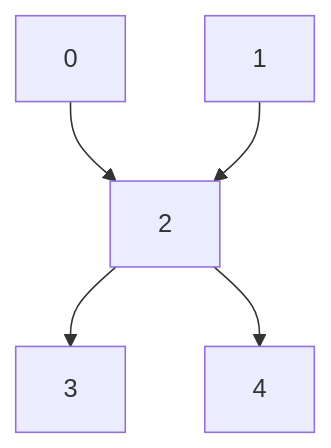
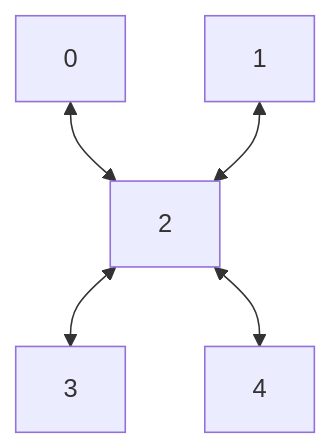
The diagram in qw5q_platinum/README.md (qiboteam/qibolab_platforms_qrc), drawn with Mermaid before and after one commit. The commit also changed 2 other files, not shown here.

Commit message:
fix: using bidirected edges

````diff
--- a/qw5q_platinum/README.md
+++ b/qw5q_platinum/README.md
@@ -10,7 +10,7 @@
 ```mermaid
 graph TD;
-    0-->2;
-    1-->2;
-    2-->3;
-    2-->4;
+    0 <--> 2;
+    1 <--> 2;
+    2 <--> 3;
+    2 <--> 4;
 ```
````
